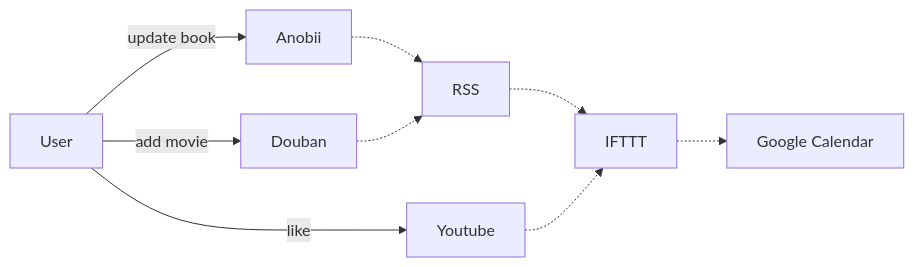
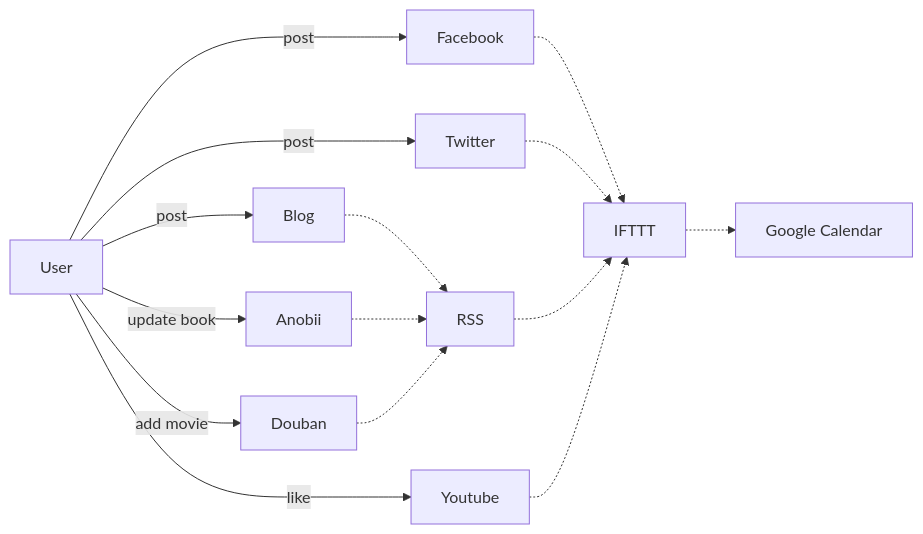
One commit to gasolin/blog changed the third of 7 diagrams in source/_posts/personal-automation-in-2017.md. Above: the diagram before and after it, drawn with Mermaid. The commit also changed other lines of this file, not shown here.

```diff
--- a/source/_posts/personal-automation-in-2017.md
+++ b/source/_posts/personal-automation-in-2017.md
@@ -69,11 +69,17 @@
 {% mermaid %}
 graph LR
 User -- update book --> Anobii
 User -- add movie --> Douban
 User -- like --> Youtube
+User -- post --> Blog
+User -- post --> Facebook
+User -- post --> Twitter
+Blog -.-> RSS
 Anobii -.-> RSS
 Douban -.-> RSS
+Facebook -.-> IFTTT
+Twitter -.-> IFTTT
 RSS -.-> IFTTT
 Youtube -.-> IFTTT
 IFTTT -.-> gcal[Google Calendar]
 {% endmermaid %}
```
